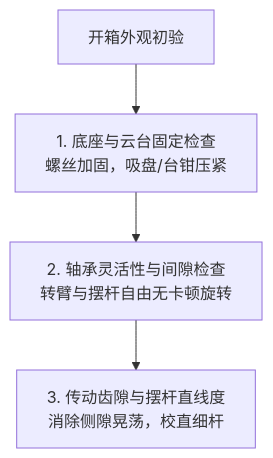
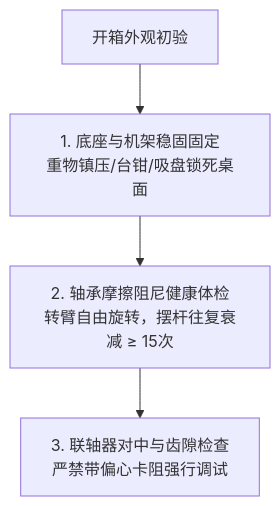
Before and after one commit to pjj644/gowin-furuta-pendulum: the first of 2 diagrams in doc/human/J280套件硬件实物检测与校准实操指南.md, drawn with Mermaid. The commit also changed other lines of this file and 5 other files, not shown here.

````diff
--- a/doc/human/J280套件硬件实物检测与校准实操指南.md
+++ b/doc/human/J280套件硬件实物检测与校准实操指南.md
@@ -48,6 +42,6 @@
 ```mermaid
 flowchart TD
-    BOX[开箱外观初验] --> CHK_BASE[1. 底座与云台固定检查<br/>螺丝加固，吸盘/台钳压紧]
-    CHK_BASE --> CHK_BEARING[2. 轴承灵活性与间隙检查<br/>转臂与摆杆自由无卡顿旋转]
-    CHK_BEARING --> CHK_BACKLASH[3. 传动齿隙与摆杆直线度<br/>消除侧隙晃荡，校直细杆]
+    BOX[开箱外观初验] --> CHK_BASE[1. 底座与机架稳固固定<br/>重物镇压/台钳/吸盘锁死桌面]
+    CHK_BASE --> CHK_BEARING[2. 轴承摩擦阻尼健康体检<br/>转臂自由旋转，摆杆往复衰减 ≥ 15次]
+    CHK_BEARING --> CHK_BACKLASH[3. 联轴器对中与齿隙检查<br/>严禁带偏心卡阻强行调试]
 ```
````
